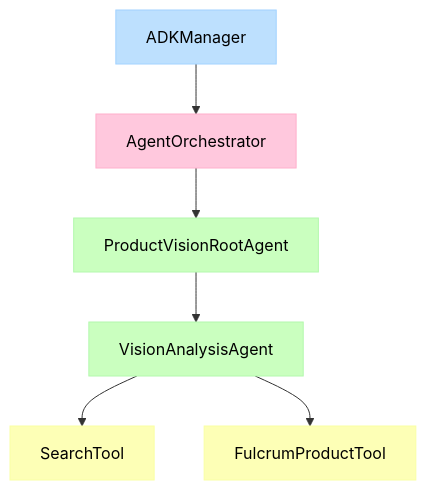
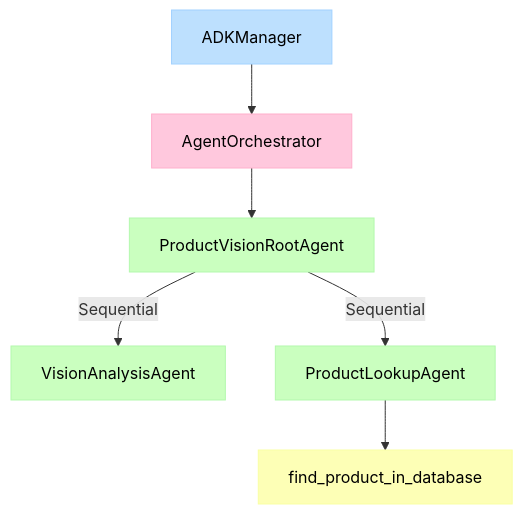
Before and after one commit to nickvander/fulcrum: the second of 2 diagrams in docs/guides/ai-integration.md, drawn with Mermaid. The commit also changed 1 other file, not shown here.

Commit message:
docs(ai): Update integration guide with Sequential Agent architecture
- Update architecture diagram in ai-integration.md
- Fix frontend tests in product-scanner.component.spec.ts

````diff
--- a/docs/guides/ai-integration.md
+++ b/docs/guides/ai-integration.md
@@ -84,13 +84,13 @@
 ```mermaid
 graph TD
     classDef manager fill:#BDE0FE,stroke:#A2D2FF,color:#000
     classDef orchestrator fill:#FFC8DD,stroke:#FFAFCC,color:#000
     classDef agent fill:#CAFFBF,stroke:#B3F8AD,color:#000
     classDef tool fill:#FDFFB6,stroke:#F9FFA4,color:#000
 
     A[ADKManager]:::manager --> B[AgentOrchestrator]:::orchestrator
     B --> C[ProductVisionRootAgent]:::agent
-    C --> D[VisionAnalysisAgent]:::agent
-    D --> E[SearchTool]:::tool
-    D --> F[FulcrumProductTool]:::tool
+    C -->|Sequential| D[VisionAnalysisAgent]:::agent
+    C -->|Sequential| E[ProductLookupAgent]:::agent
+    E --> F[find_product_in_database]:::tool
 ```
````
